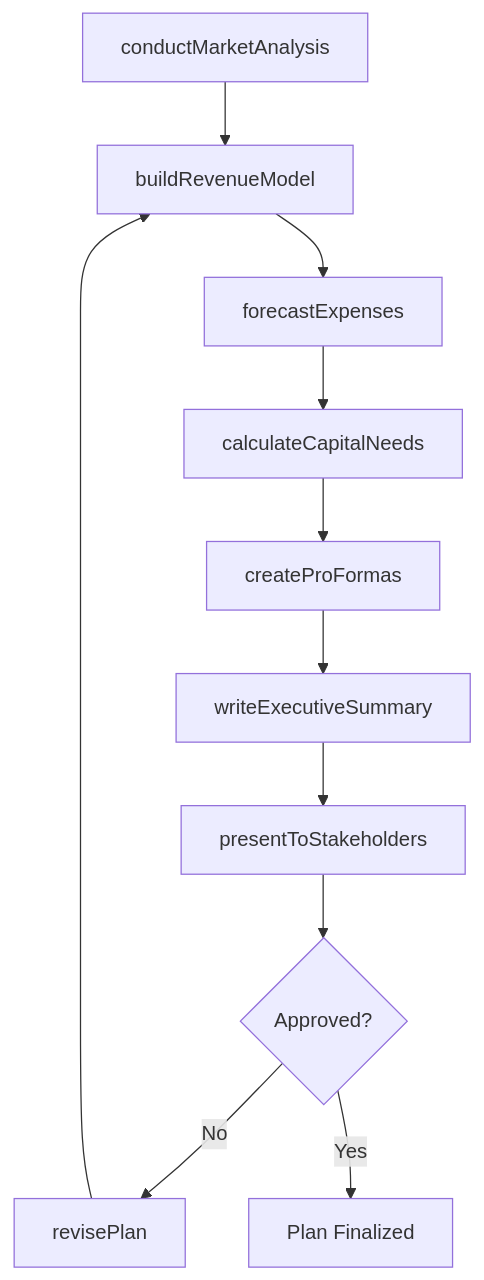
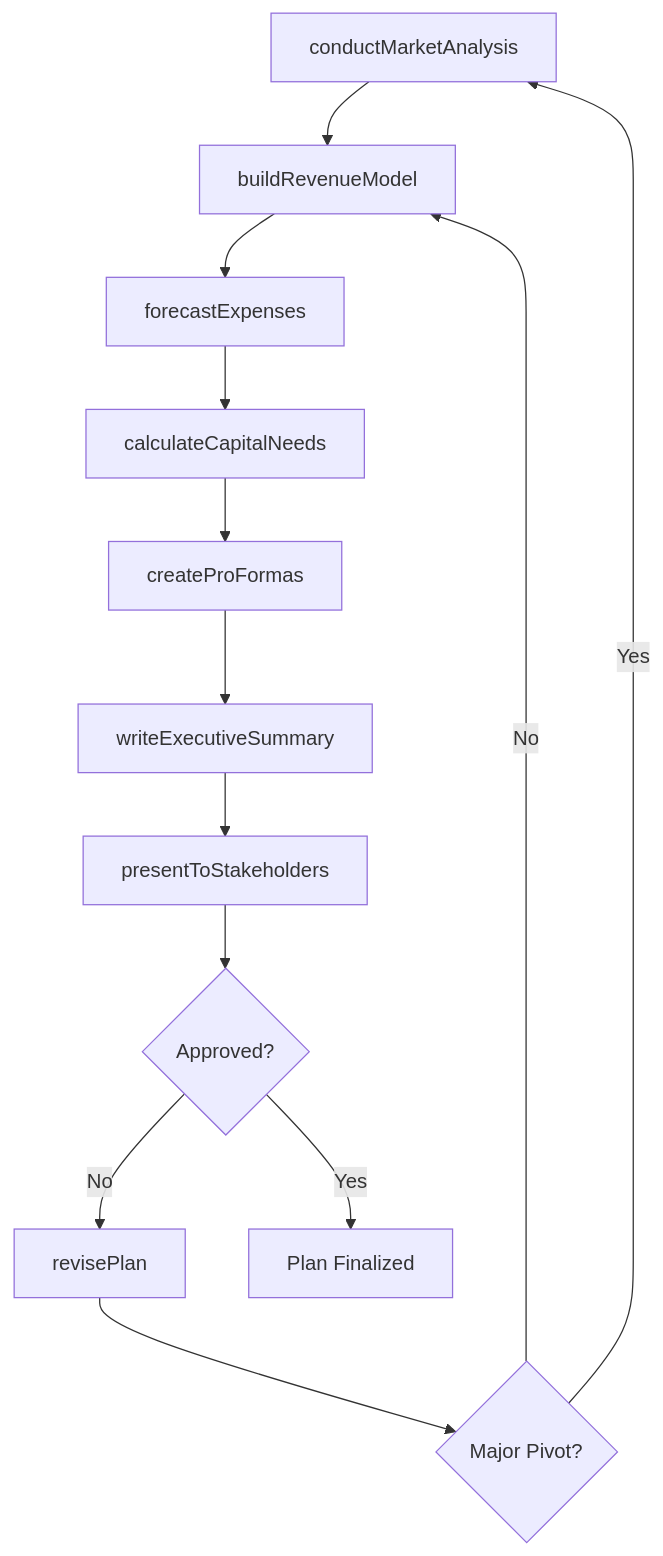
One commit to dot-org-ai/tasks.org.ai changed the third of 4 diagrams in ThinkingCreatively/DevelopFinancialOrBusinessPlans/DevelopFinancialBusinessPlans.mdx. Above: the diagram before and after it, drawn with Mermaid. The commit also changed other lines of this file and 504 other files, not shown here.

First line of the commit message:
feat: Add ER diagrams, state diagrams, and workflow improvements to 96 DWA task files

````diff
--- a/ThinkingCreatively/DevelopFinancialOrBusinessPlans/DevelopFinancialBusinessPlans.mdx
+++ b/ThinkingCreatively/DevelopFinancialOrBusinessPlans/DevelopFinancialBusinessPlans.mdx
@@ -92,13 +123,15 @@
 ```mermaid
 graph TD
     A[conductMarketAnalysis] --> B[buildRevenueModel]
     B --> C[forecastExpenses]
     C --> D[calculateCapitalNeeds]
     D --> E[createProFormas]
     E --> F[writeExecutiveSummary]
     F --> G[presentToStakeholders]
     G --> H{Approved?}
     H -->|No| I[revisePlan]
-    I --> B
-    H -->|Yes| J[Plan Finalized]
+    I --> J{Major Pivot?}
+    J -->|Yes| A
+    J -->|No| B
+    H -->|Yes| K[Plan Finalized]
 ```
````
